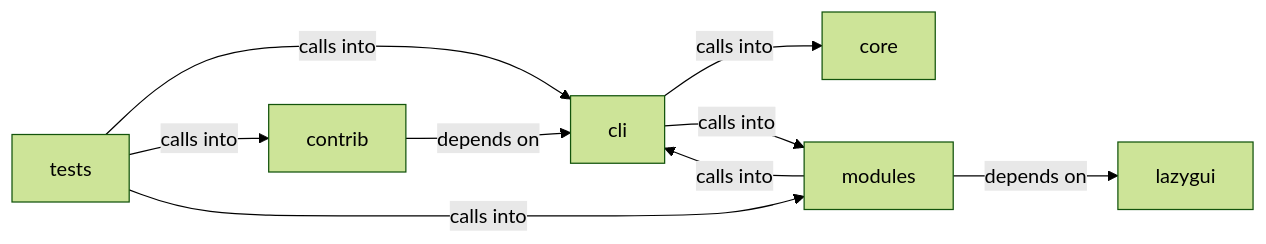
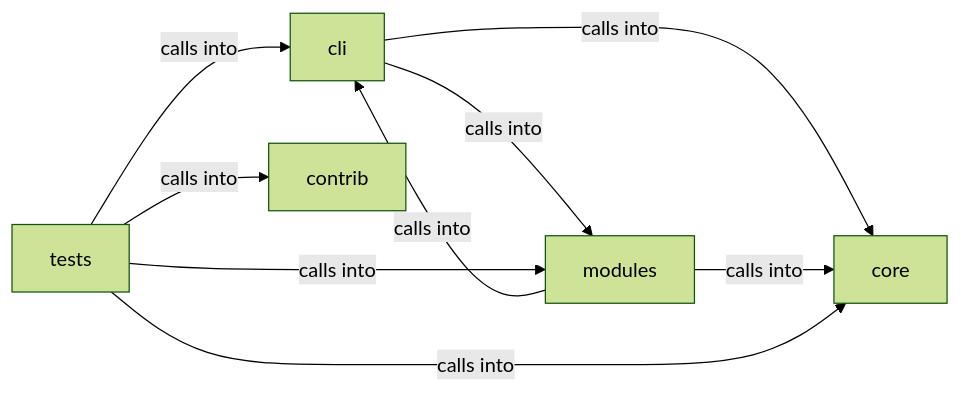
One commit to grisuno/LazyOwn changed the diagram in readmenator-diagrams/modules_world_model.md. Above: the diagram before and after it, drawn with Mermaid (forest theme). The commit also changed other lines of this file and 276 other files, not shown here.

````diff
--- a/readmenator-diagrams/modules_world_model.md
+++ b/readmenator-diagrams/modules_world_model.md
@@ -5,17 +5,16 @@
 ```mermaid
 graph LR
     cli["cli"]
     contrib["contrib"]
     core["core"]
-    lazygui["lazygui"]
     modules["modules"]
     tests["tests"]
     cli -- "calls into" --> core
     cli -- "calls into" --> modules
-    contrib -- "depends on" --> cli
     modules -- "calls into" --> cli
-    modules -- "depends on" --> lazygui
+    modules -- "calls into" --> core
     tests -- "calls into" --> cli
     tests -- "calls into" --> contrib
+    tests -- "calls into" --> core
     tests -- "calls into" --> modules
 ```
````
